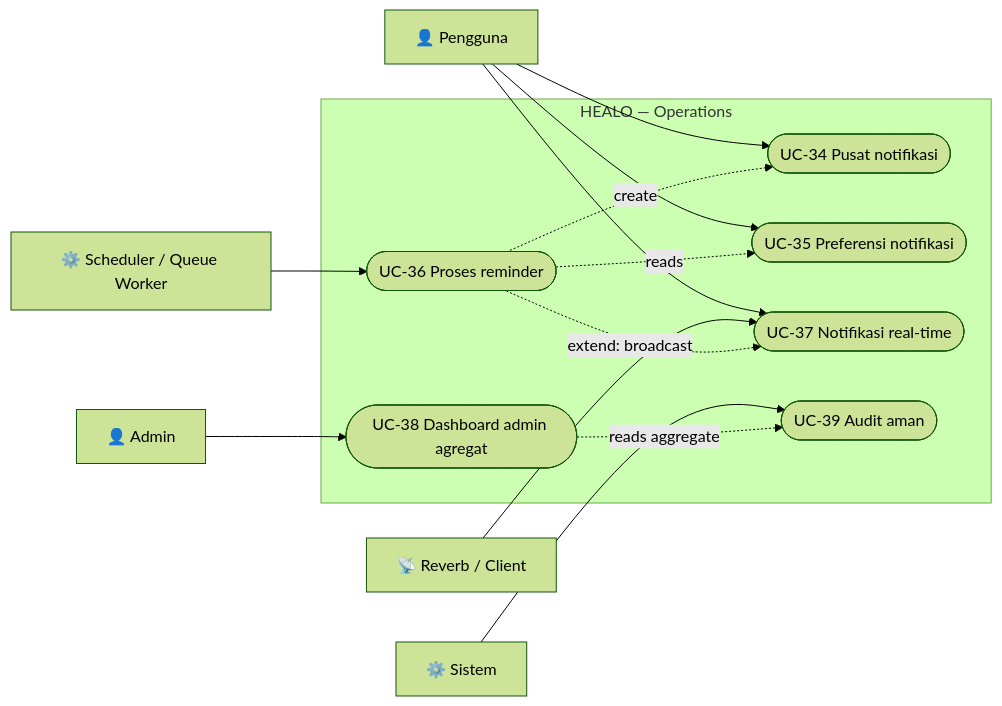
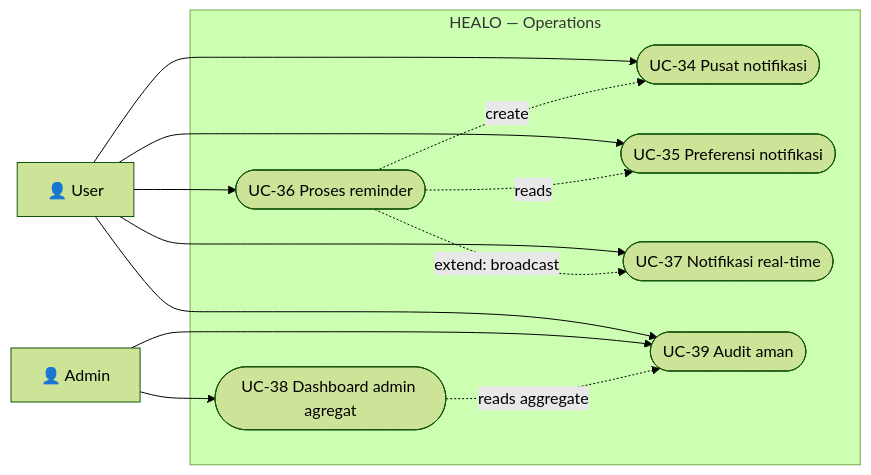
The fifth of 6 diagrams in docs/system-analysis/04-use-case-diagrams.md (Daffa-Qiao/Healo), drawn with Mermaid (forest theme) before and after one commit. The commit also changed other lines of this file and 4 other files, not shown here.

Commit message:
renew diagram

````diff
--- a/docs/system-analysis/04-use-case-diagrams.md
+++ b/docs/system-analysis/04-use-case-diagrams.md
@@ -210,29 +175,26 @@
 ```mermaid
 flowchart LR
-    User[👤 Pengguna]
+    User[👤 User]
     Admin[👤 Admin]
-    Worker[⚙️ Scheduler / Queue Worker]
-    Live[📡 Reverb / Client]
-    System[⚙️ Sistem]
 
     subgraph HEALO[HEALO — Operations]
         UC34([UC-34 Pusat notifikasi])
         UC35([UC-35 Preferensi notifikasi])
         UC36([UC-36 Proses reminder])
         UC37([UC-37 Notifikasi real-time])
         UC38([UC-38 Dashboard admin agregat])
         UC39([UC-39 Audit aman])
     end
 
     User --> UC34
     User --> UC35
+    User --> UC36
     User --> UC37
-    Worker --> UC36
-    Live --> UC37
     Admin --> UC38
-    System --> UC39
+    User --> UC39
+    Admin --> UC39
     UC36 -. reads .-> UC35
     UC36 -. create .-> UC34
     UC36 -. extend: broadcast .-> UC37
     UC38 -. reads aggregate .-> UC39
 ```
````
